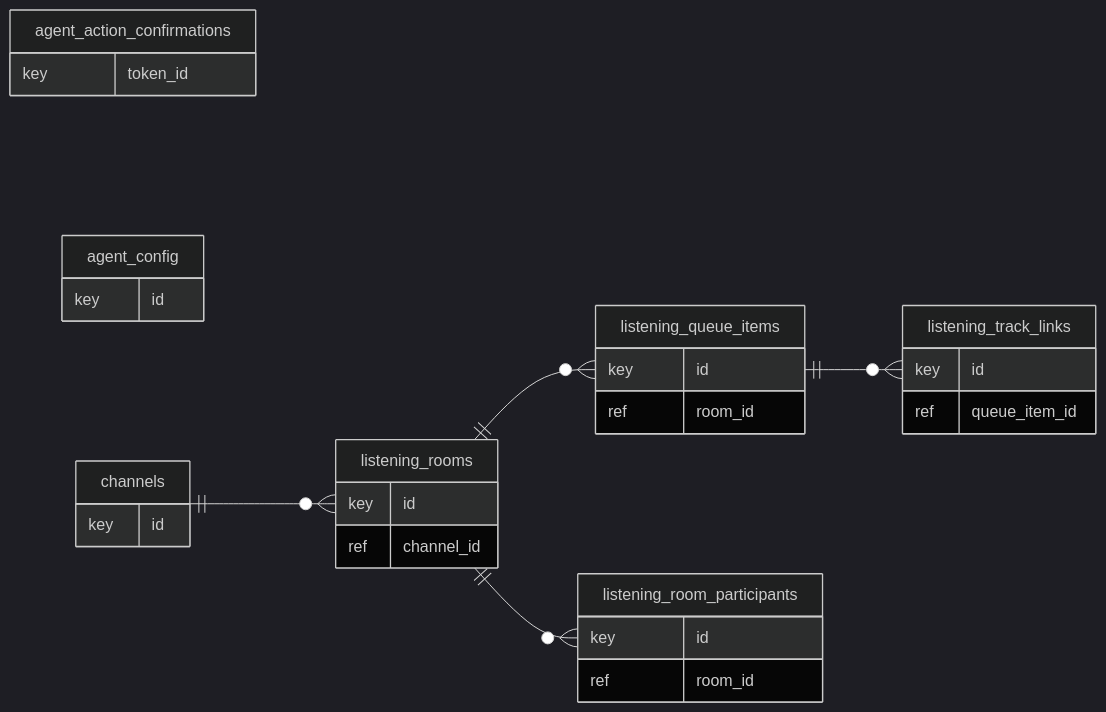
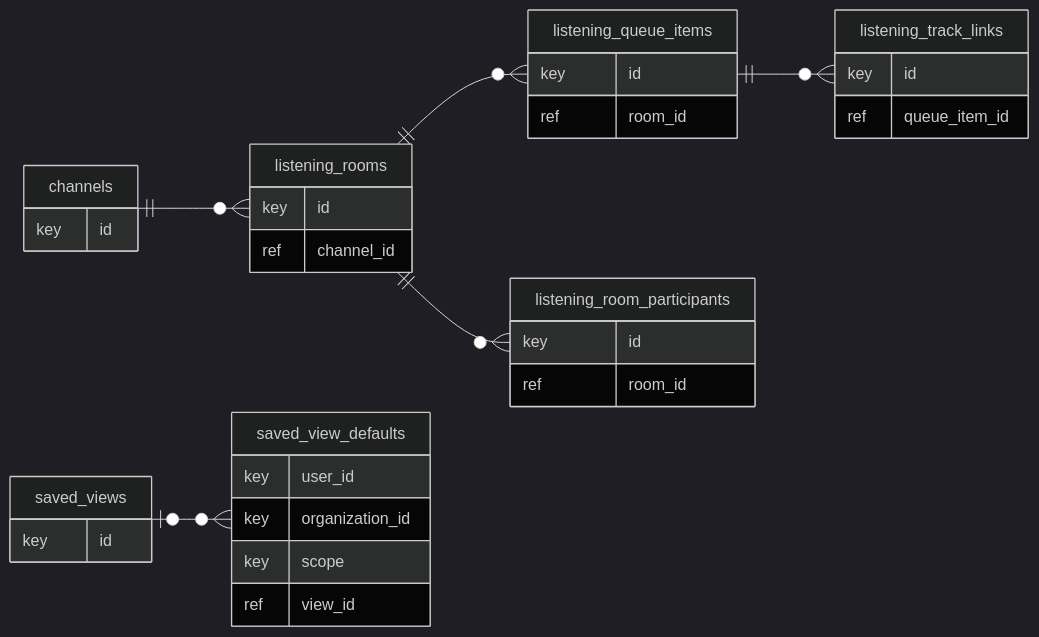
Before and after one commit to High-Performance-Structures/compass: the diagram in docs/manual/diagrams/er-workspace-2.mmd, drawn with Mermaid (dark theme). The commit also changed 27 other files, not shown here.

First line of the commit message:
docs(manual): cover payments, multi-assignee schedule, saved views, status lists and record tables (#1096)

```diff
--- a/docs/manual/diagrams/er-workspace-2.mmd
+++ b/docs/manual/diagrams/er-workspace-2.mmd
@@ -1,31 +1,35 @@
 erDiagram
   direction LR
   listening_queue_items {
     key id
     ref room_id
   }
   listening_room_participants {
     key id
     ref room_id
   }
   listening_rooms {
     key id
     ref channel_id
   }
   listening_track_links {
     key id
     ref queue_item_id
   }
-  agent_action_confirmations {
-    key token_id
+  saved_view_defaults {
+    key user_id
+    key organization_id
+    key scope
+    ref view_id
   }
-  agent_config {
+  saved_views {
     key id
   }
   channels {
     key id
   }
   channels ||--o{ listening_rooms : ""
   listening_queue_items ||--o{ listening_track_links : ""
   listening_rooms ||--o{ listening_queue_items : ""
   listening_rooms ||--o{ listening_room_participants : ""
+  saved_views |o--o{ saved_view_defaults : ""
```
